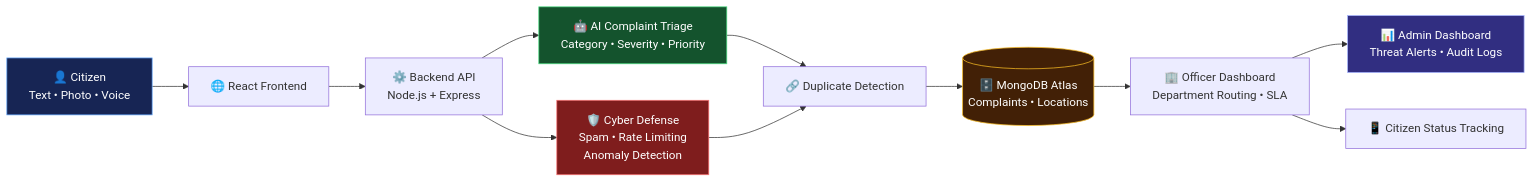
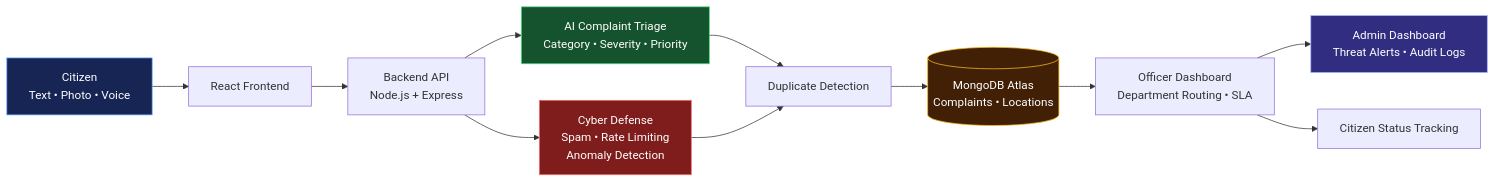
The diagram in README.md (Dhanujam/SmartCivicAI), drawn with Mermaid before and after one commit. The commit also changed other lines of this file, not shown here.

````diff
--- a/README.md
+++ b/README.md
@@ -316,27 +316,27 @@
 ```mermaid
 flowchart LR
-    A["👤 Citizen<br/>Text • Photo • Voice"] --> B["🌐 React Frontend"]
+    A[" Citizen<br/>Text • Photo • Voice"] --> B[" React Frontend"]
 
-    B --> C["⚙️ Backend API<br/>Node.js + Express"]
+    B --> C[" Backend API<br/>Node.js + Express"]
 
-    C --> D["🤖 AI Complaint Triage<br/>Category • Severity • Priority"]
+    C --> D[" AI Complaint Triage<br/>Category • Severity • Priority"]
 
-    C --> E["🛡️ Cyber Defense<br/>Spam • Rate Limiting<br/>Anomaly Detection"]
+    C --> E[" Cyber Defense<br/>Spam • Rate Limiting<br/>Anomaly Detection"]
 
-    D --> F["🔗 Duplicate Detection"]
+    D --> F[" Duplicate Detection"]
     E --> F
 
-    F --> G[("🗄️ MongoDB Atlas<br/>Complaints • Locations")]
+    F --> G[(" MongoDB Atlas<br/>Complaints • Locations")]
 
-    G --> H["🏢 Officer Dashboard<br/>Department Routing • SLA"]
+    G --> H[" Officer Dashboard<br/>Department Routing • SLA"]
 
-    H --> I["📊 Admin Dashboard<br/>Threat Alerts • Audit Logs"]
+    H --> I[" Admin Dashboard<br/>Threat Alerts • Audit Logs"]
 
-    H --> J["📱 Citizen Status Tracking"]
+    H --> J["Citizen Status Tracking"]
 
     style A fill:#172554,stroke:#60a5fa,color:#fff
     style D fill:#14532d,stroke:#4ade80,color:#fff
     style E fill:#7f1d1d,stroke:#f87171,color:#fff
     style G fill:#422006,stroke:#fbbf24,color:#fff
     style I fill:#312e81,stroke:#a5b4fc,color:#fff
 ```
````
